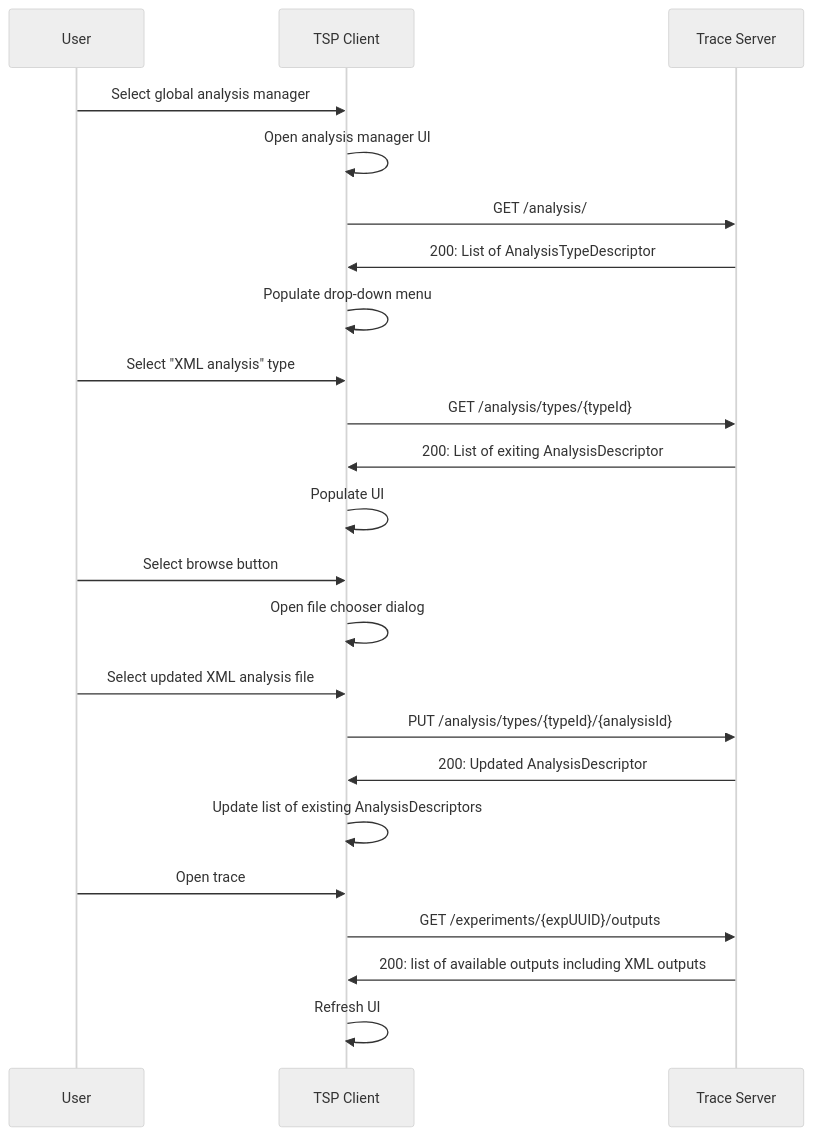
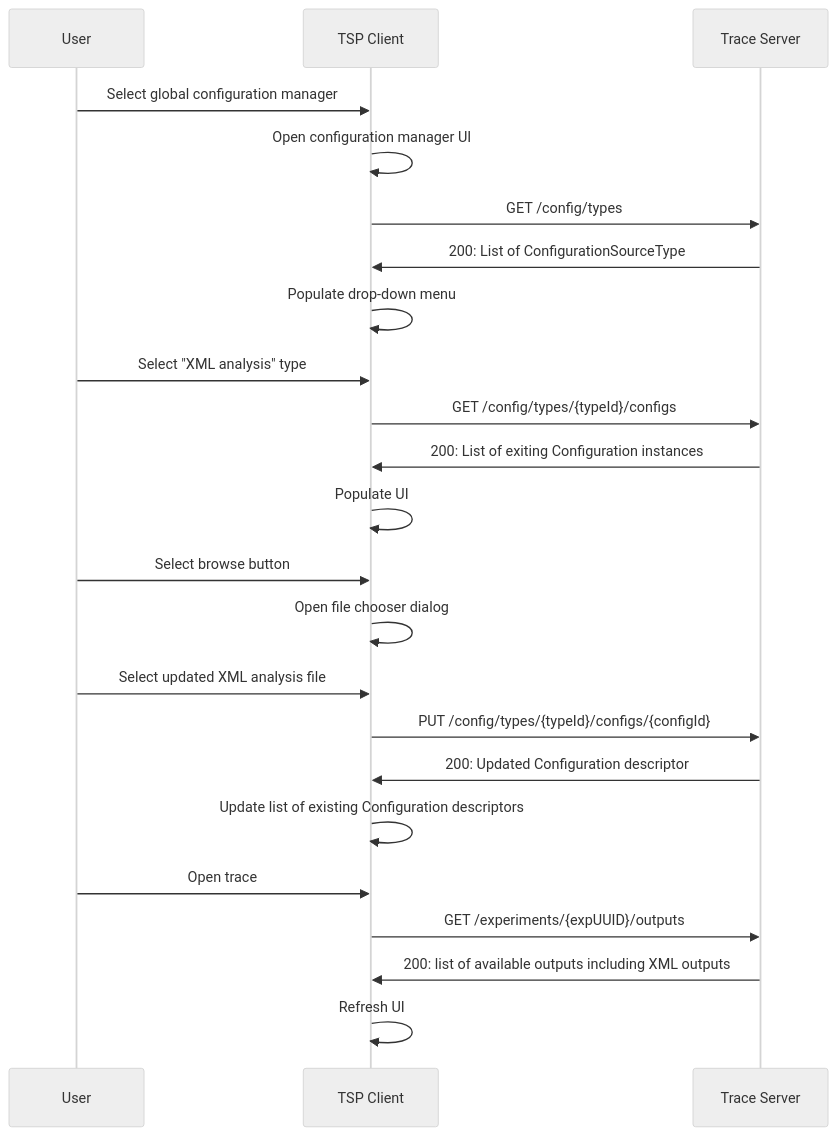
Before and after one commit to eclipse-cdt-cloud/theia-trace-extension: the second of 5 diagrams in doc/adr/0011-tsp-analysis-api.md, drawn with Mermaid (neutral theme). The commit also changed other lines of this file, not shown here.

First line of the commit message:
ADR: Generalize analysis-api ADR towards other configurations

````diff
--- a/doc/adr/0011-tsp-analysis-api.md
+++ b/doc/adr/0011-tsp-analysis-api.md
@@ -109,25 +109,25 @@
 ```mermaid
 sequenceDiagram
     participant user as User
     participant client as TSP Client
     participant server as Trace Server
-    user->>client: Select global analysis manager
-    client->>client: Open analysis manager UI
-    client->>server: GET /analysis/
-    server->>client: 200: List of AnalysisTypeDescriptor
+    user->>client: Select global configuration manager
+    client->>client: Open configuration manager UI
+    client->>server: GET /config/types
+    server->>client: 200: List of ConfigurationSourceType
     client->>client: Populate drop-down menu
     user->>client: Select "XML analysis" type
-    client->>server: GET /analysis/types/{typeId}
-    server->>client: 200: List of exiting AnalysisDescriptor
+    client->>server: GET /config/types/{typeId}/configs
+    server->>client: 200: List of exiting Configuration instances
     client->>client: Populate UI
     user->>client: Select browse button
     client->>client: Open file chooser dialog
     user->>client: Select updated XML analysis file
-    client->>server: PUT /analysis/types/{typeId}/{analysisId}
-    server->>client: 200: Updated AnalysisDescriptor
-    client->>client: Update list of existing AnalysisDescriptors
+    client->>server: PUT /config/types/{typeId}/configs/{configId}
+    server->>client: 200: Updated Configuration descriptor
+    client->>client: Update list of existing Configuration descriptors
     user->>client: Open trace
     client->>server: GET /experiments/{expUUID}/outputs
     server->>client: 200: list of available outputs including XML outputs
     client->>client: Refresh UI
 ```
````
